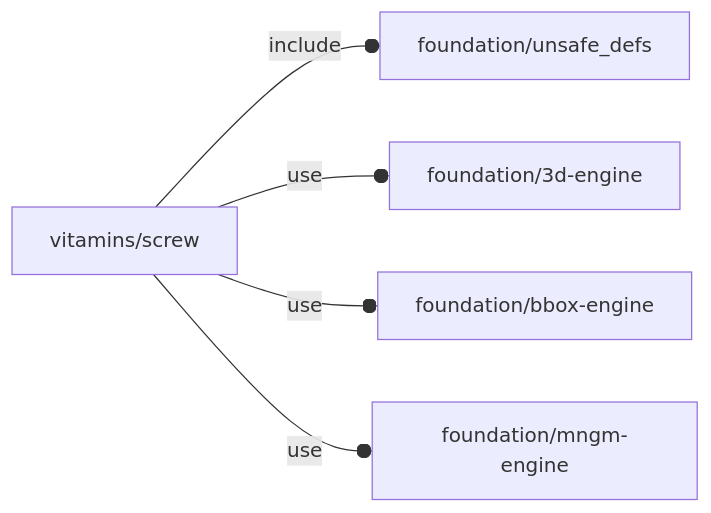
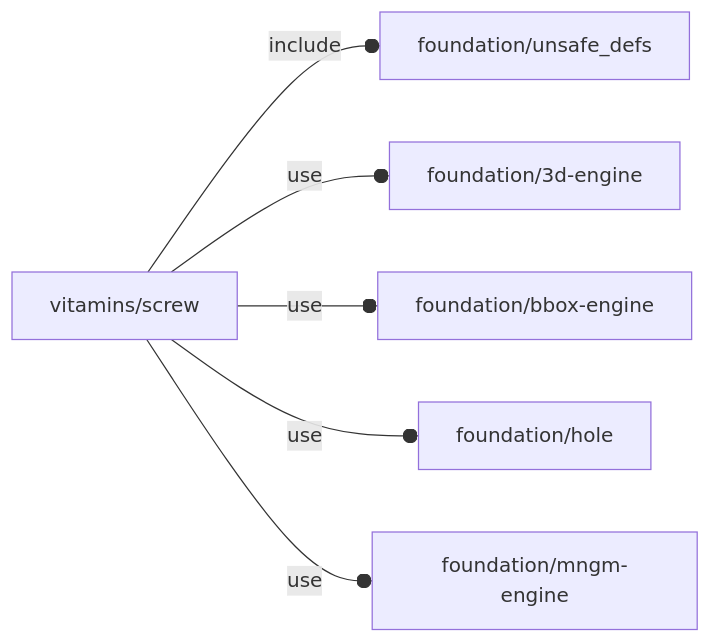
Before and after one commit to ggabbiani/OFL: the diagram in orthodocs/vitamins/screw.md, drawn with Mermaid. The commit also changed other lines of this file and 23 other files, not shown here.

````diff
--- a/orthodocs/vitamins/screw.md
+++ b/orthodocs/vitamins/screw.md
@@ -5,7 +5,8 @@
 ```mermaid
 graph LR
     A1[vitamins/screw] --o|include| A2[foundation/unsafe_defs]
     A1 --o|use| A3[foundation/3d-engine]
     A1 --o|use| A4[foundation/bbox-engine]
-    A1 --o|use| A5[foundation/mngm-engine]
+    A1 --o|use| A5[foundation/hole]
+    A1 --o|use| A6[foundation/mngm-engine]
 ```
````
